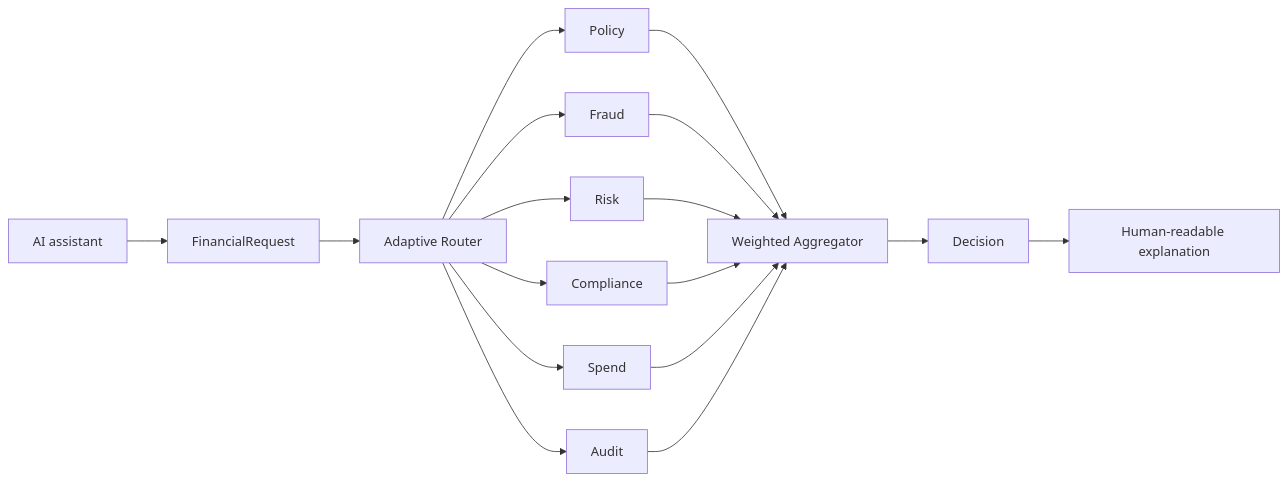
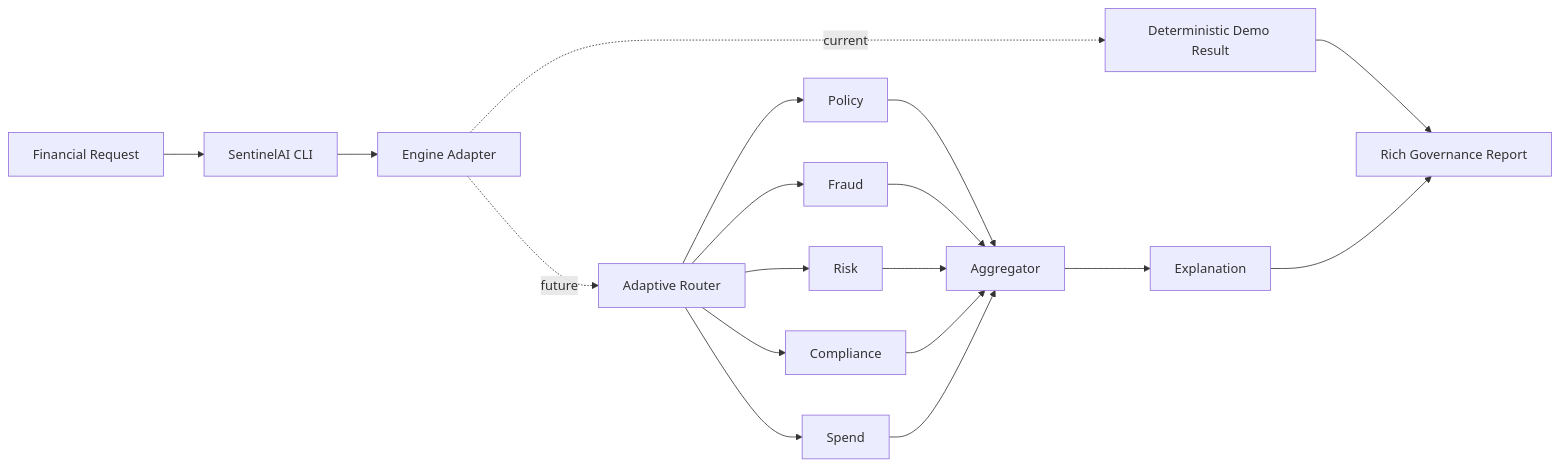
Before and after one commit to MaheshReddy-ML/SentinelAI: the first of 2 diagrams in README.md, drawn with Mermaid. The commit also changed other lines of this file and 23 other files, not shown here.

Commit message:
addition of CLI version and more policy enhancements has been done

````diff
--- a/README.md
+++ b/README.md
@@ -60,19 +107,16 @@
 ```mermaid
 flowchart LR
-    A[AI assistant] --> B[FinancialRequest]
-    B --> C[Adaptive Router]
-    C --> P[Policy]
-    C --> F[Fraud]
-    C --> R[Risk]
-    C --> C1[Compliance]
-    C --> S[Spend]
-    C --> AU[Audit]
-    P --> G[Weighted Aggregator]
-    F --> G
-    R --> G
-    C1 --> G
-    S --> G
-    AU --> G
-    G --> D[Decision]
-    D --> E[Human-readable explanation]
+    R[Financial Request] --> CLI[SentinelAI CLI]
+    CLI --> ADAPTER[Engine Adapter]
+    ADAPTER -. current .-> MOCK[Deterministic Demo Result]
+    ADAPTER -. future .-> ROUTER[Adaptive Router]
+    ROUTER --> P[Policy]
+    ROUTER --> F[Fraud]
+    ROUTER --> RK[Risk]
+    ROUTER --> C[Compliance]
+    ROUTER --> S[Spend]
+    P & F & RK & C & S --> A[Aggregator]
+    A --> E[Explanation]
+    MOCK --> REPORT[Rich Governance Report]
+    E --> REPORT
 ```
````
